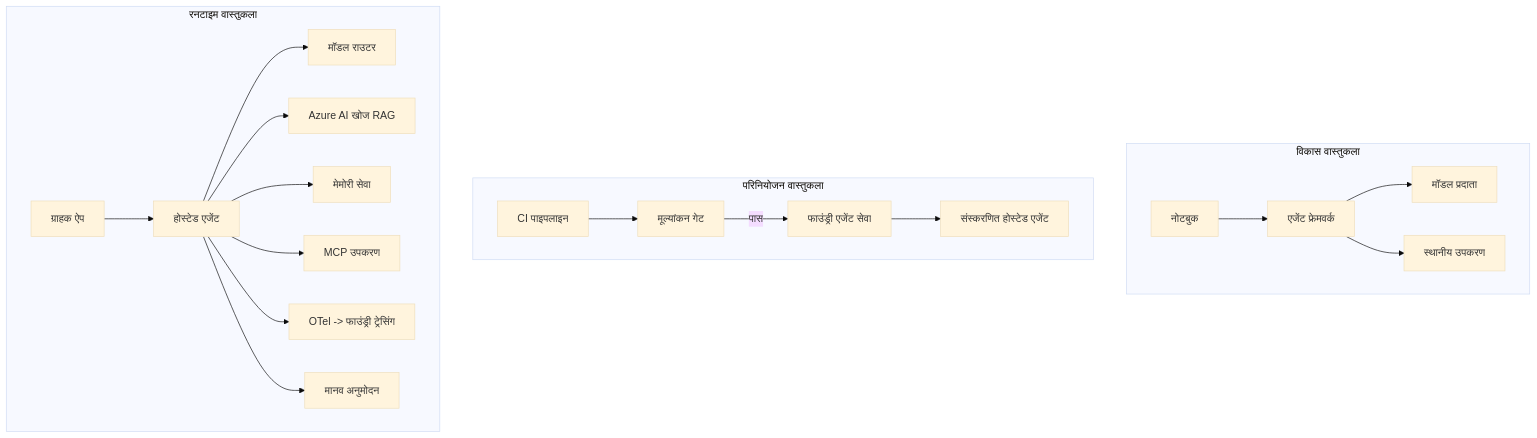
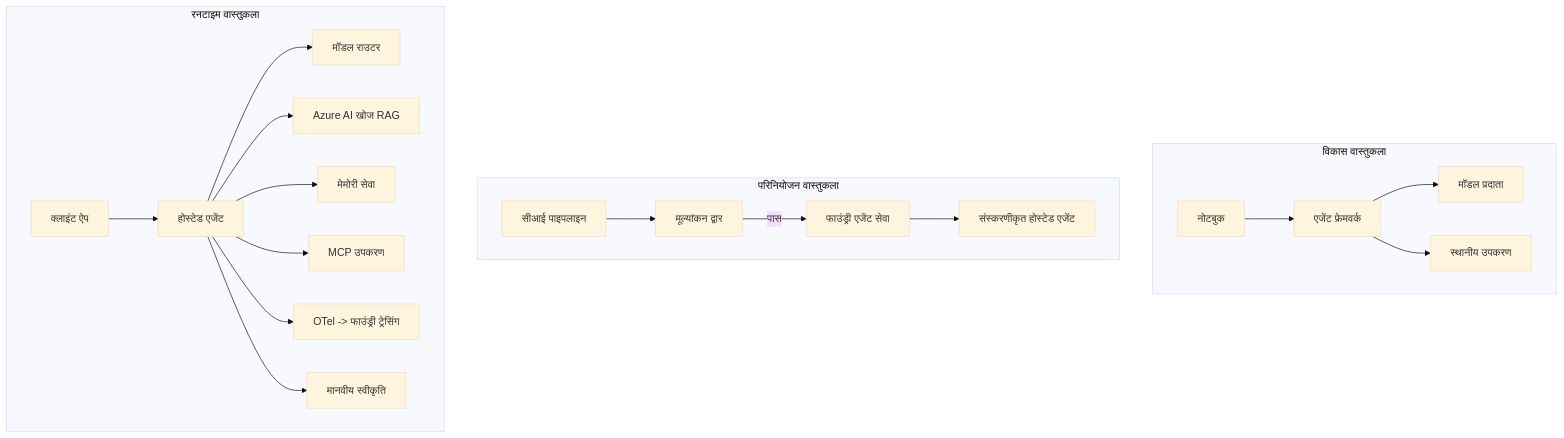
Before and after one commit to microsoft/ai-agents-for-beginners: the fourth of 4 diagrams in translations/hi/16-deploying-scalable-agents/README.md, drawn with Mermaid (base theme). The commit also changed other lines of this file and 46 other files, not shown here.

````diff
--- a/translations/hi/16-deploying-scalable-agents/README.md
+++ b/translations/hi/16-deploying-scalable-agents/README.md
@@ -185,22 +185,22 @@
 ```mermaid
 flowchart TB
     subgraph Dev[विकास वास्तुकला]
         D1[नोटबुक] --> D2[एजेंट फ्रेमवर्क]
         D2 --> D3[मॉडल प्रदाता]
         D2 --> D4[स्थानीय उपकरण]
     end
     subgraph Deploy[परिनियोजन वास्तुकला]
-        E1[CI पाइपलाइन] --> E2[मूल्यांकन गेट]
+        E1[सीआई पाइपलाइन] --> E2[मूल्यांकन द्वार]
         E2 -->|पास| E3[फाउंड्री एजेंट सेवा]
-        E3 --> E4[संस्करणित होस्टेड एजेंट]
+        E3 --> E4[संस्करणीकृत होस्टेड एजेंट]
     end
     subgraph Run[रनटाइम वास्तुकला]
-        F1[ग्राहक ऐप] --> F2[होस्टेड एजेंट]
+        F1[क्लाइंट ऐप] --> F2[होस्टेड एजेंट]
         F2 --> F3[मॉडल राउटर]
         F2 --> F4[Azure AI खोज RAG]
         F2 --> F5[मेमोरी सेवा]
         F2 --> F6[MCP उपकरण]
         F2 --> F7[OTel -> फाउंड्री ट्रेसिंग]
-        F2 --> F8[मानव अनुमोदन]
+        F2 --> F8[मानवीय स्वीकृति]
     end
 ```
````
